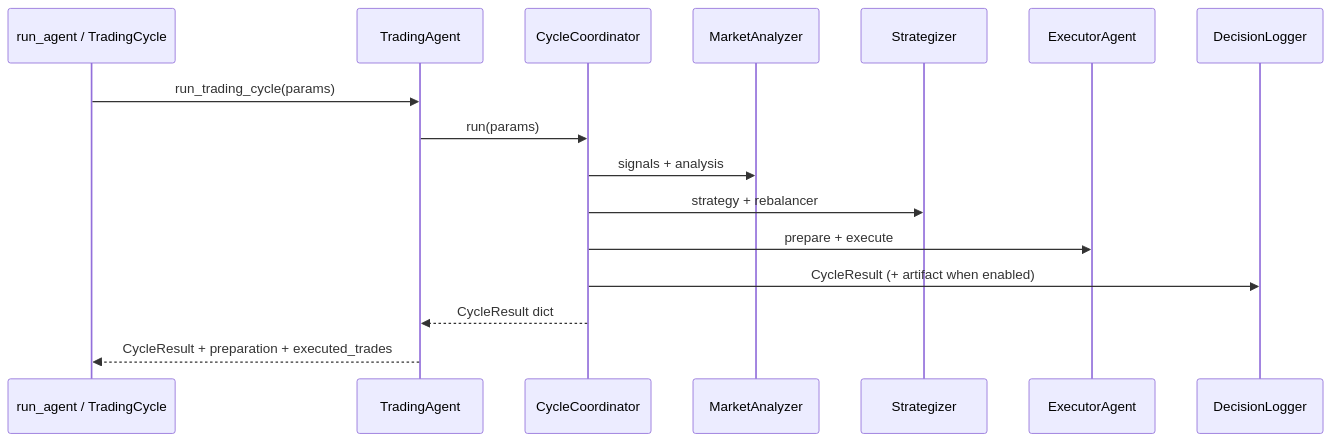
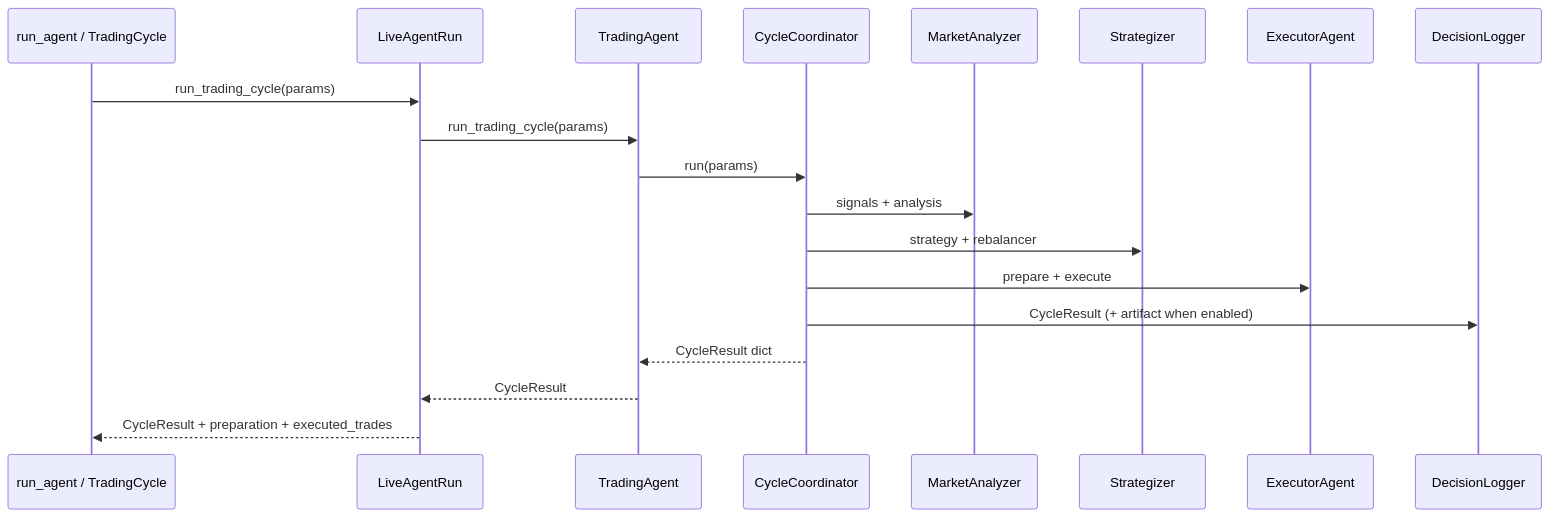
The diagram in docs/agents/trading-cycle.md (yetigong/trading-agent), drawn with Mermaid before and after one commit. The commit also changed other lines of this file and 12 other files, not shown here.

First line of the commit message:
Add LiveAgentRun and BacktestAgentRun modes for Phase 4.5.2.

````diff
--- a/docs/agents/trading-cycle.md
+++ b/docs/agents/trading-cycle.md
@@ -18,19 +18,22 @@
 ```mermaid
 sequenceDiagram
     participant RA as run_agent / TradingCycle
+    participant Live as LiveAgentRun
     participant TA as TradingAgent
     participant CC as CycleCoordinator
     participant MA as MarketAnalyzer
     participant TS as Strategizer
     participant TE as ExecutorAgent
     participant DL as DecisionLogger
 
-    RA->>TA: run_trading_cycle(params)
+    RA->>Live: run_trading_cycle(params)
+    Live->>TA: run_trading_cycle(params)
     TA->>CC: run(params)
     CC->>MA: signals + analysis
     CC->>TS: strategy + rebalancer
     CC->>TE: prepare + execute
     CC->>DL: CycleResult (+ artifact when enabled)
     CC-->>TA: CycleResult dict
-    TA-->>RA: CycleResult + preparation + executed_trades
+    TA-->>Live: CycleResult
+    Live-->>RA: CycleResult + preparation + executed_trades
 ```
````
